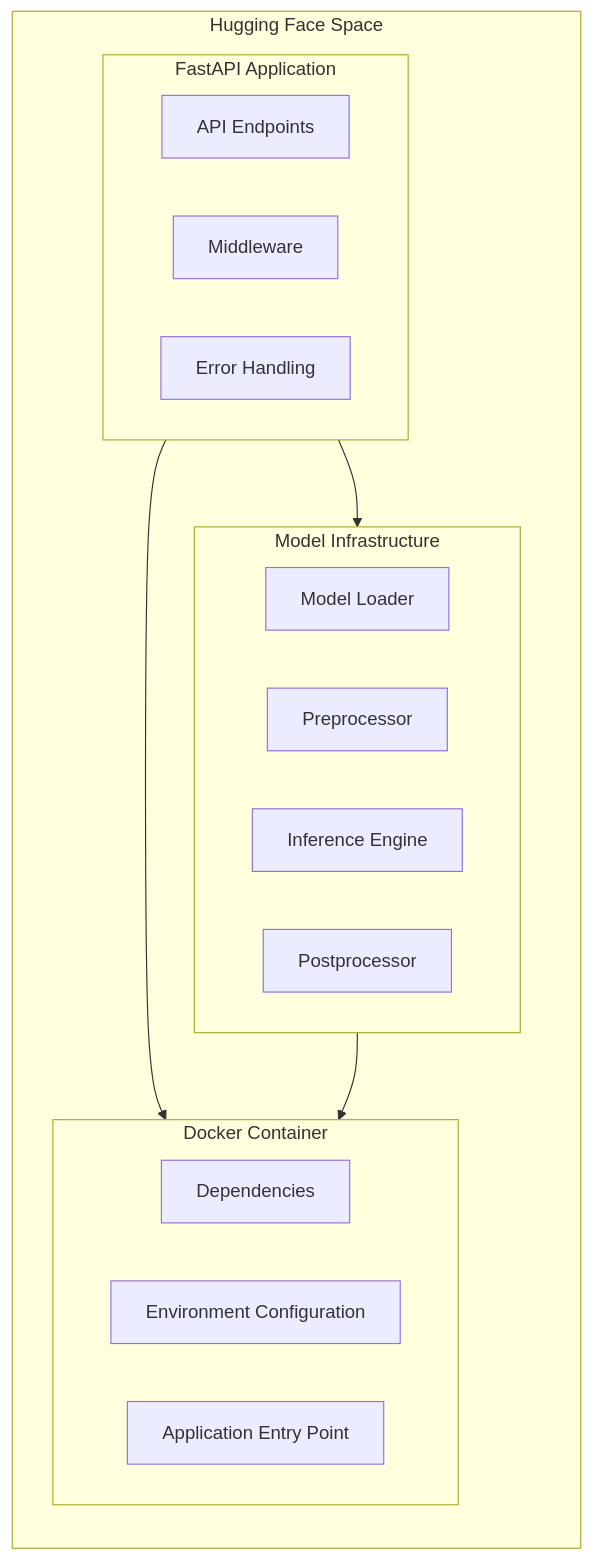
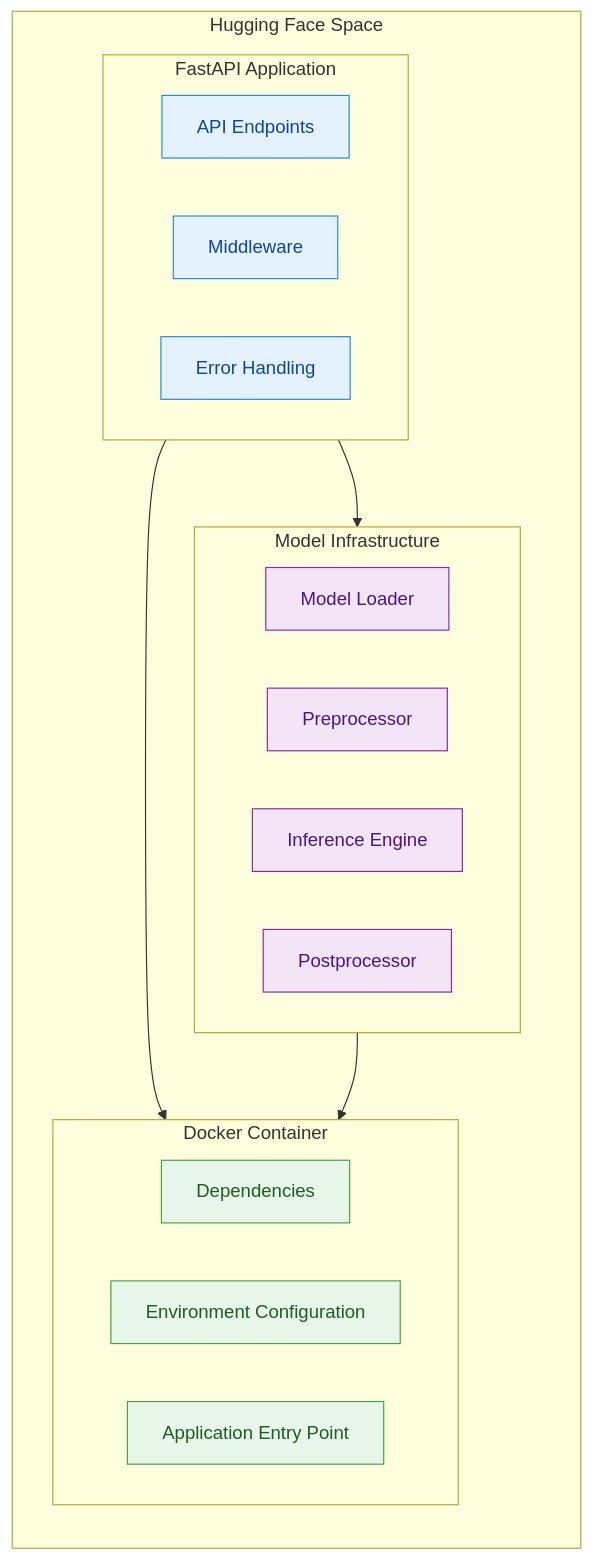
Diagram 12 of 14 in README.md (AbdullahSaeed1211/temp), drawn with Mermaid before and after one commit. The commit also changed other lines of this file, not shown here.

````diff
--- a/README.md
+++ b/README.md
@@ -1659,29 +1687,33 @@
 ```mermaid
 flowchart TD
     subgraph HuggingFaceSpace["Hugging Face Space"]
         direction TB
         
         subgraph FastAPI["FastAPI Application"]
-            Endpoints[API Endpoints]
-            Middleware[Middleware]
-            ErrorHandling[Error Handling]
+            Endpoints[API Endpoints]:::apiNode
+            Middleware[Middleware]:::apiNode
+            ErrorHandling[Error Handling]:::apiNode
         end
         
         subgraph ModelInfrastructure["Model Infrastructure"]
-            ModelLoader[Model Loader]
-            Preprocessor[Preprocessor]
-            Inference[Inference Engine]
-            Postprocessor[Postprocessor]
+            ModelLoader[Model Loader]:::modelNode
+            Preprocessor[Preprocessor]:::modelNode
+            Inference[Inference Engine]:::modelNode
+            Postprocessor[Postprocessor]:::modelNode
         end
         
         subgraph DockerContainer["Docker Container"]
-            Requirements[Dependencies]
-            Environment[Environment Configuration]
-            EntryPoint[Application Entry Point]
+            Requirements[Dependencies]:::dockerNode
+            Environment[Environment Configuration]:::dockerNode
+            EntryPoint[Application Entry Point]:::dockerNode
         end
     end
     
     FastAPI --> ModelInfrastructure
     FastAPI --> DockerContainer
     ModelInfrastructure --> DockerContainer
+    
+    classDef apiNode fill:#E3F2FD,stroke:#1E88E5,color:#0D47A1
+    classDef modelNode fill:#F3E5F5,stroke:#8E24AA,color:#4A148C
+    classDef dockerNode fill:#E8F5E9,stroke:#43A047,color:#1B5E20
 ```
````
